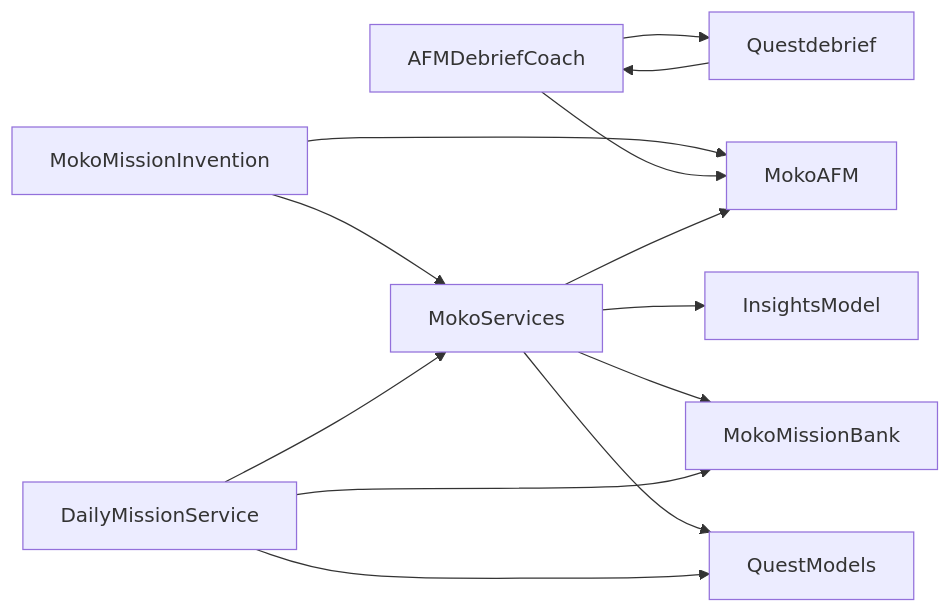
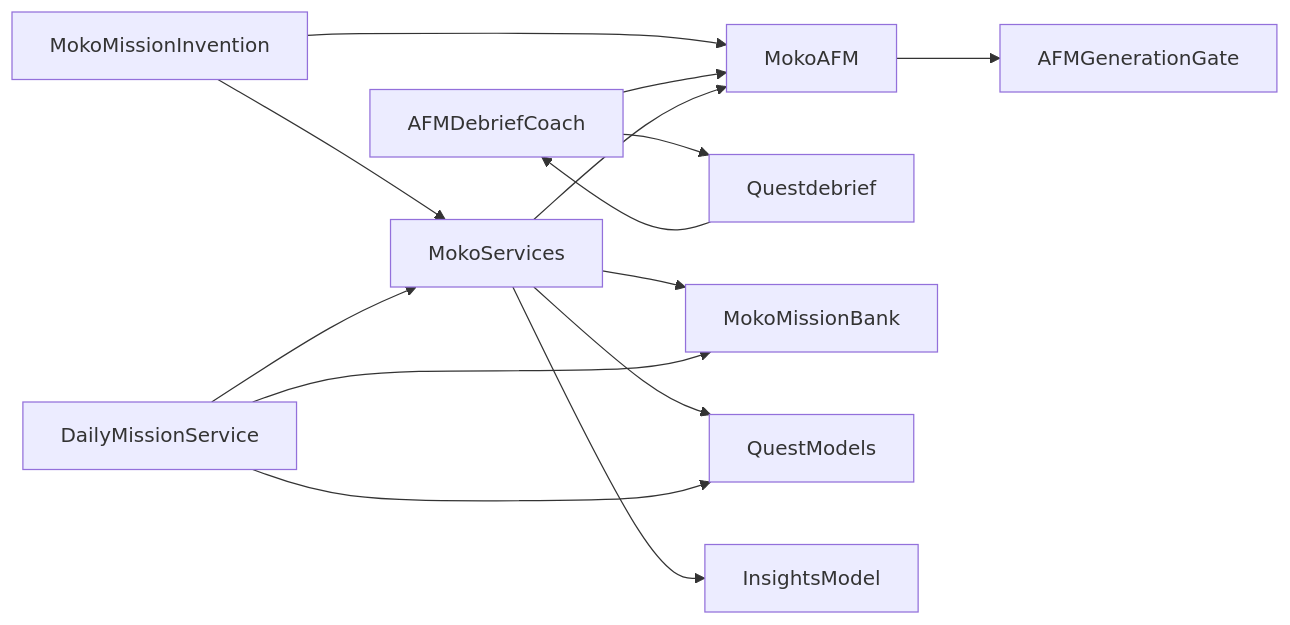
Before and after one commit to Moko-Your-Social-Capy/Moko---iOS-Native-App-: the eighth of 8 diagrams in .qoder/repowiki/en/content/Core Features/Quest & Mission System/Adaptive Mission System (AFM).md, drawn with Mermaid. The commit also changed other lines of this file and 101 other files, not shown here.

````diff
--- a/.qoder/repowiki/en/content/Core Features/Quest & Mission System/Adaptive Mission System (AFM).md
+++ b/.qoder/repowiki/en/content/Core Features/Quest & Mission System/Adaptive Mission System (AFM).md
@@ -394,15 +420,16 @@
 ```mermaid
 graph LR
 MI["MokoMissionInvention"] --> AFM["MokoAFM"]
 MI --> MS["MokoServices"]
 ADC["AFMDebriefCoach"] --> AFM
 ADC --> QD["Questdebrief"]
 MS --> AFM
 MS --> MB["MokoMissionBank"]
 MS --> QM["QuestModels"]
 MS --> IM["InsightsModel"]
 DMS["DailyMissionService"] --> MS
 DMS --> QM
 DMS --> MB
 QD --> ADC
+AFM --> AG["AFMGenerationGate"]
 ```
````
